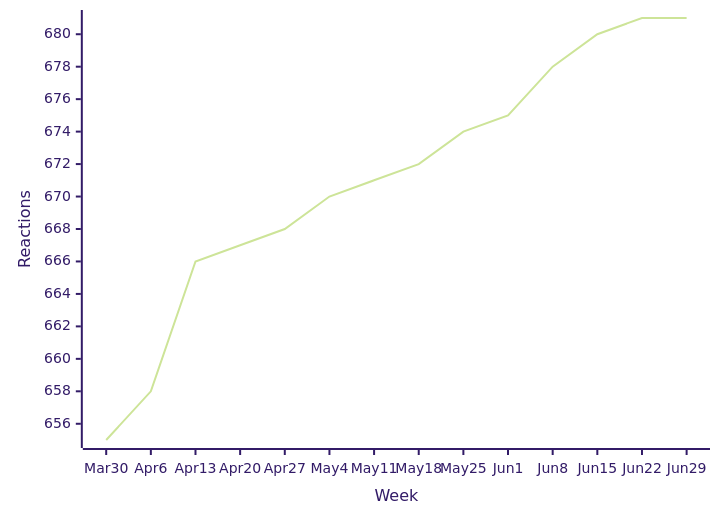
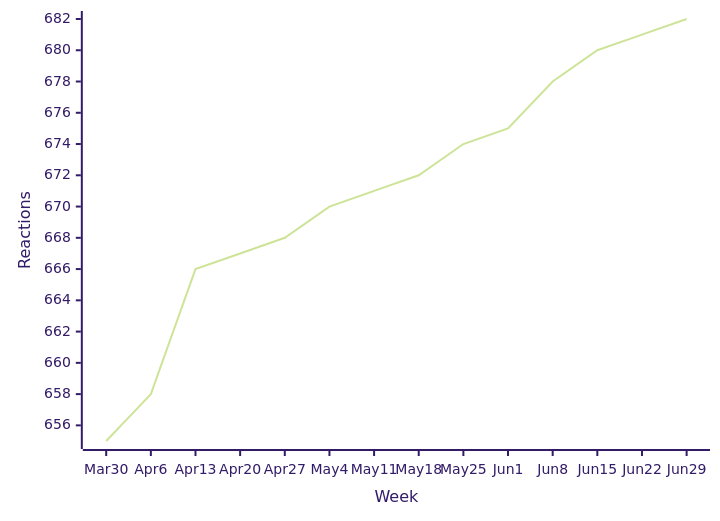
The fourth of 49 diagrams in README.md (loic-sharma/github-insights), drawn with Mermaid (forest theme) before and after one commit. The commit also changed other lines of this file and 2 other files, not shown here.

````diff
--- a/README.md
+++ b/README.md
@@ -390,6 +390,6 @@
   ```mermaid
   xychart-beta
     x-axis "Week" [Mar 30, Apr 6, Apr 13, Apr 20, Apr 27, May 4, May 11, May 18, May 25, Jun 1, Jun 8, Jun 15, Jun 22, Jun 29]
     y-axis "Reactions"
-    line [655, 658, 666, 667, 668, 670, 671, 672, 674, 675, 678, 680, 681, 681]
+    line [655, 658, 666, 667, 668, 670, 671, 672, 674, 675, 678, 680, 681, 682]
   ```
````
